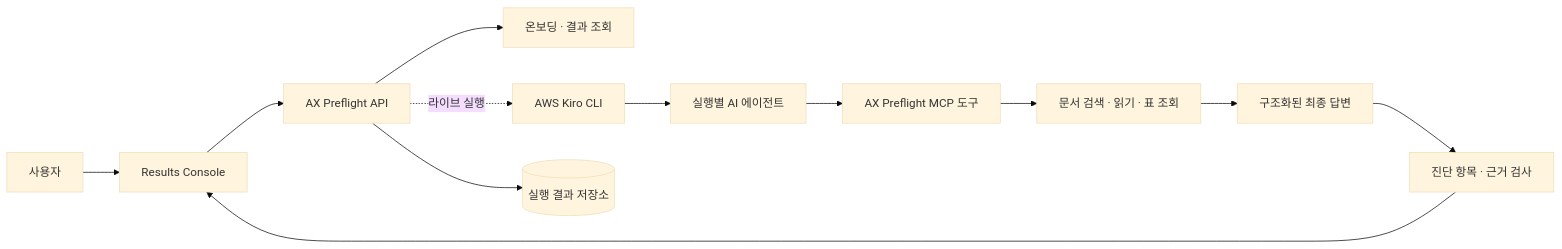
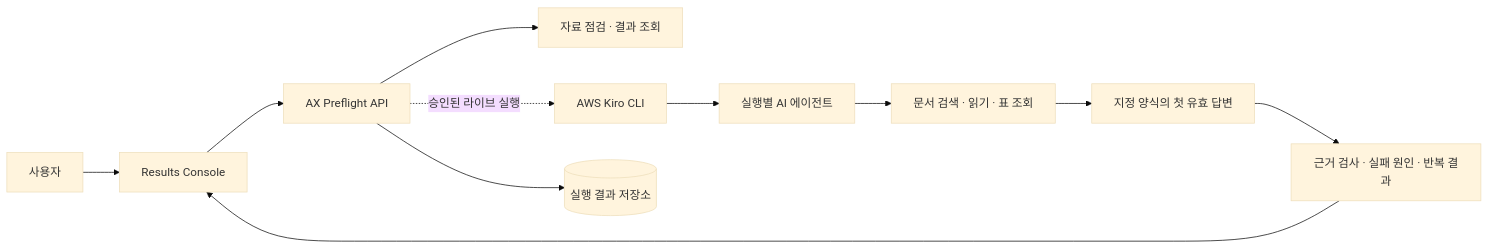
Before and after one commit to syjni/ax-preflight-source: the diagram in README.md, drawn with Mermaid (base theme). The commit also changed other lines of this file, not shown here.

````diff
--- a/README.md
+++ b/README.md
@@ -56,13 +94,12 @@
 ```mermaid
 flowchart LR
     U["사용자"] --> C["Results Console"] --> A["AX Preflight API"]
-    A --> P["온보딩 · 결과 조회"]
-    A -. "라이브 실행" .-> K["AWS Kiro CLI"]
+    A --> P["자료 점검 · 결과 조회"]
+    A -. "승인된 라이브 실행" .-> K["AWS Kiro CLI"]
     K --> G["실행별 AI 에이전트"]
-    G --> M["AX Preflight MCP 도구"]
-    M --> D["문서 검색 · 읽기 · 표 조회"]
-    D --> S["구조화된 최종 답변"]
-    S --> E["진단 항목 · 근거 검사"]
+    G --> M["문서 검색 · 읽기 · 표 조회"]
+    M --> S["지정 양식의 첫 유효 답변"]
+    S --> E["근거 검사 · 실패 원인 · 반복 결과"]
     E --> C
     A --> R[("실행 결과 저장소")]
 ```
````
